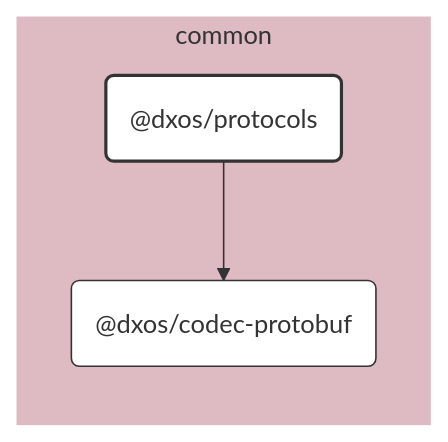
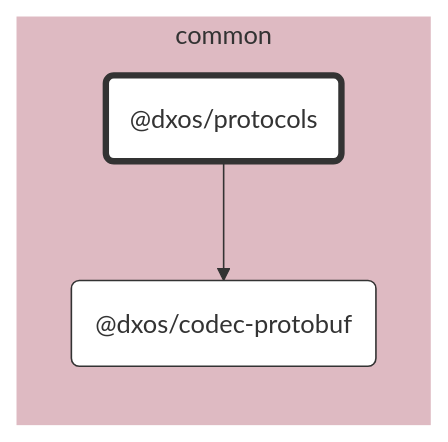
The diagram in packages/common/protocols/docs/README.md (dxos/dxos), drawn with Mermaid before and after one commit. The commit also changed 104 other files, not shown here.

````diff
--- a/packages/common/protocols/docs/README.md
+++ b/packages/common/protocols/docs/README.md
@@ -7,29 +7,23 @@
 ```mermaid
 %%{ init: {'flowchart':{'curve':'basis'}} }%%
 
 flowchart LR
 
-%% Links
-dxos/protocols --> dxos/codec-protobuf;
+%% Classes
+classDef def fill:#fff,stroke:#333,stroke-width:1px
+classDef root fill:#fff,stroke:#333,stroke-width:4px
 
-%% Sections
-subgraph common
-  style common fill:#debac2,stroke:#fff;
+%% Nodes
 
-  dxos/codec-protobuf("@dxos/codec-protobuf")
-  dxos/protocols("@dxos/protocols")
+subgraph common [common]
+  style common fill:#debac2,stroke:#fff
+  dxos/protocols("@dxos/protocols"):::root
+  click dxos/protocols "dxos/dxos/tree/main/packages/common/protocols/docs"
+  dxos/codec-protobuf("@dxos/codec-protobuf"):::def
+  click dxos/codec-protobuf "dxos/dxos/tree/main/packages/common/codec-protobuf/docs"
 end
 
-
-%% Hyperlinks
-click dxos/codec-protobuf "dxos/dxos/tree/main/packages/common/codec-protobuf/docs";
-
-%% Styles
-classDef rootNode fill:#fff,stroke:#333,stroke-width:2px
-classDef defaultNode fill:#fff,stroke:#333,stroke-width:1px
+%% Links
 linkStyle default stroke:#333,stroke-width:1px
-
-dxos/protocols:::rootNode
-
-dxos/codec-protobuf:::defaultNode
+dxos/protocols --> dxos/codec-protobuf
 ```
````
